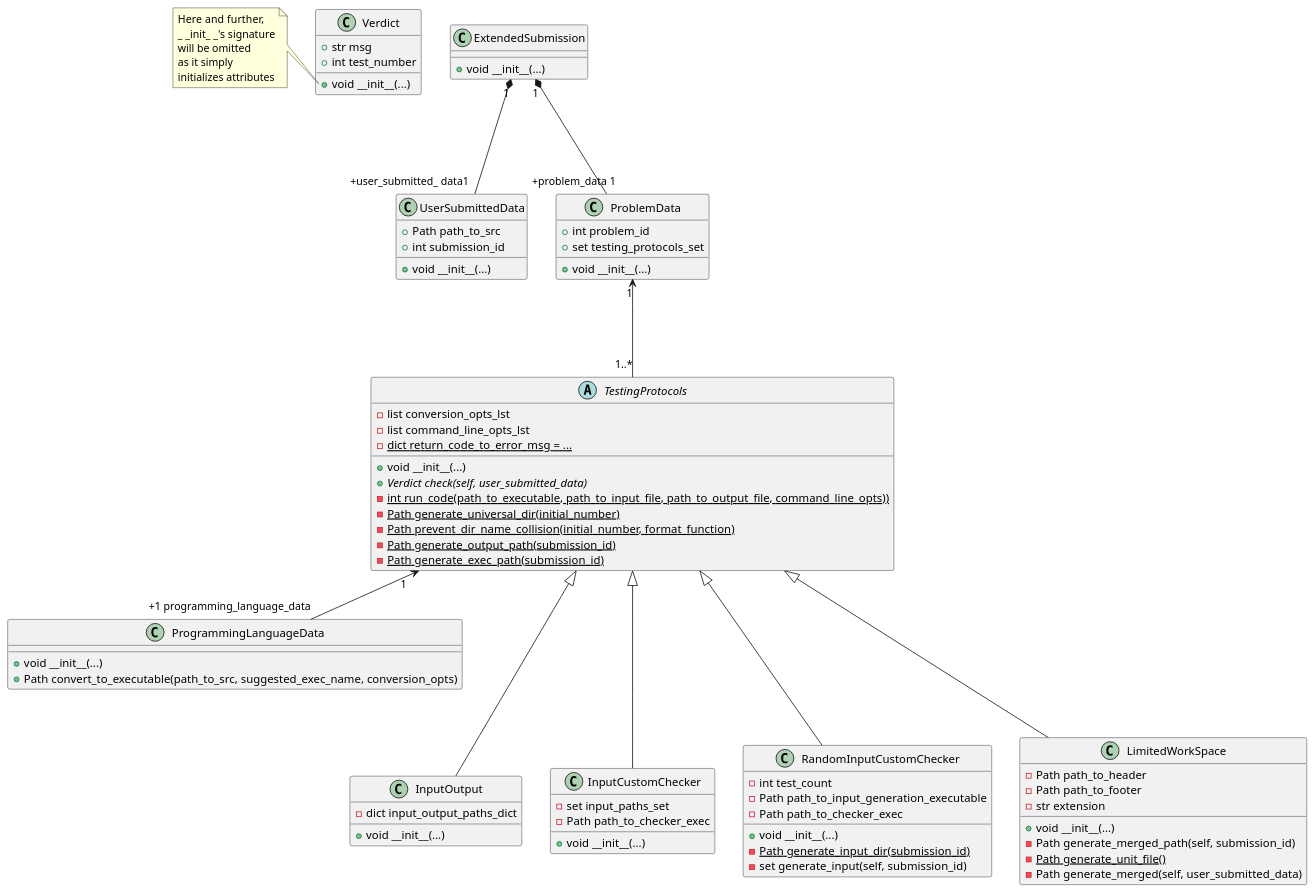
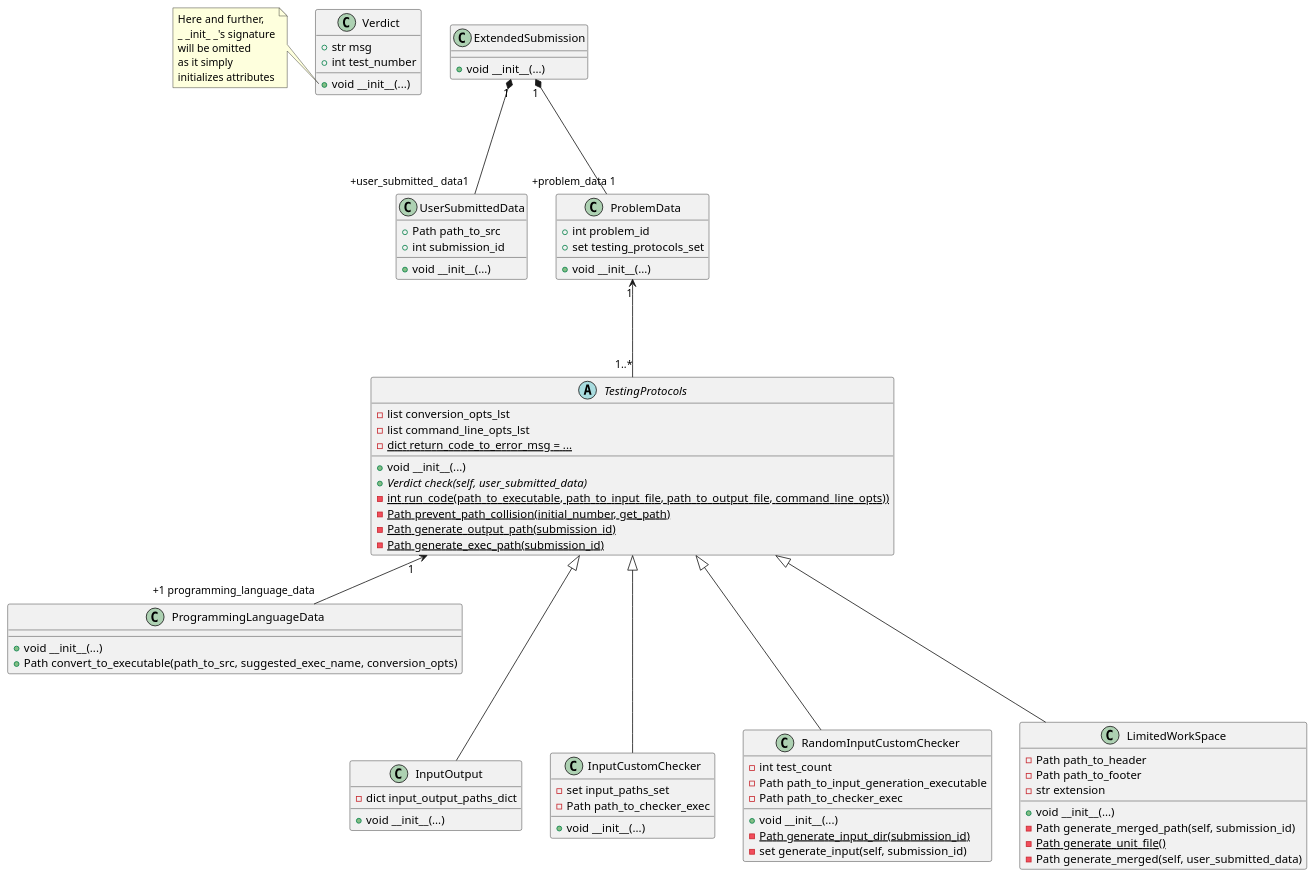
Before and after one commit to IgorZhiltsoff/TPy_project: the diagram in TestingSystem/TestingProtocols/testing_protocols_class_diagram.puml, drawn with PlantUML. The commit also changed 4 other files, not shown here.

```diff
--- a/TestingSystem/TestingProtocols/testing_protocols_class_diagram.puml
+++ b/TestingSystem/TestingProtocols/testing_protocols_class_diagram.puml
@@ -1,114 +1,113 @@
 @startuml
 'https://plantuml.com/class-diagram
 
 ' ============================ AUX ============================
 
 class Verdict {
     +str msg
     +int test_number
 
     +void __init__(...)
 }
 note left of Verdict::__init__
 Here and further,
 _ _init_ _'s signature
 will be omitted
 as it simply
 initializes attributes
 end note
 
 
 class UserSubmittedData {
     +Path path_to_src
     +int submission_id
 
     +void __init__(...)
 }
 
 
 class ProgrammingLanguageData {
         +void __init__(...)
         +Path convert_to_executable(path_to_src, suggested_exec_name, conversion_opts)
 }
 
 
 ' ========================== PROTOCOLS =========================
 
 abstract class TestingProtocols {
     -list conversion_opts_lst
     -list command_line_opts_lst
     -{static} dict return_code_to_error_msg = ...
 
     +void __init__(...)
     +{abstract} Verdict check(self, user_submitted_data)
     -{static} int run_code(path_to_executable, path_to_input_file, path_to_output_file, command_line_opts))
-    -{static} Path generate_universal_dir(initial_number)
-    -{static} Path prevent_dir_name_collision(initial_number, format_function)
+    -{static} Path prevent_path_collision(initial_number, get_path)
     -{static} Path generate_output_path(submission_id)
     -{static} Path generate_exec_path(submission_id)
 }
 
 TestingProtocols "1" <-- "+1 programming_language_data" ProgrammingLanguageData
 
 class InputOutput {
     -dict input_output_paths_dict
 
     +void __init__(...)
 }
 
 class InputCustomChecker {
     -set input_paths_set
     -Path path_to_checker_exec
 
     +void __init__(...)
 }
 
 class RandomInputCustomChecker {
     -int test_count
     -Path path_to_input_generation_executable
     -Path path_to_checker_exec
 
 
     +void __init__(...)
     -{static} Path generate_input_dir(submission_id)
     -set generate_input(self, submission_id)
 }
 
 class LimitedWorkSpace {
     -Path path_to_header
     -Path path_to_footer
     -str extension
 
     +void __init__(...)
     -Path generate_merged_path(self, submission_id)
     -{static} Path generate_unit_file()
     -Path generate_merged(self, user_submitted_data)
 }
 
 
 TestingProtocols <|--- InputCustomChecker
 TestingProtocols <|--- RandomInputCustomChecker
 TestingProtocols <|--- LimitedWorkSpace
 TestingProtocols <|--- InputOutput
 
 
 ' ============================ AUX ============================
 
 class ProblemData {
     +int problem_id
     +set testing_protocols_set
 
     +void __init__(...)
 }
 
 ProblemData "1" <--- "1..*" TestingProtocols
 
 
 class ExtendedSubmission {
     +void __init__(...)
 }
 
 ExtendedSubmission "1" *--- "+problem_data 1" ProblemData
 ExtendedSubmission "1" *--- "+user_submitted_ data1" UserSubmittedData
 
 @enduml
```
